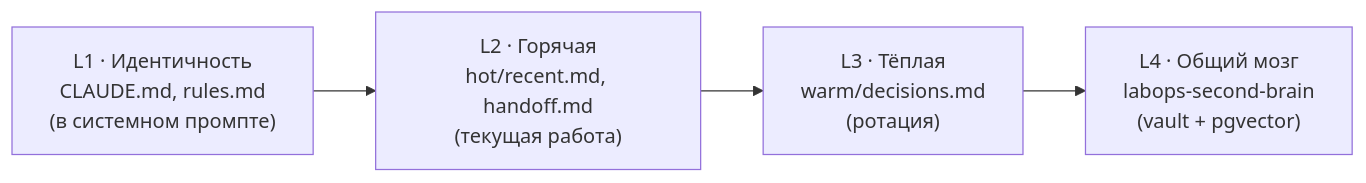
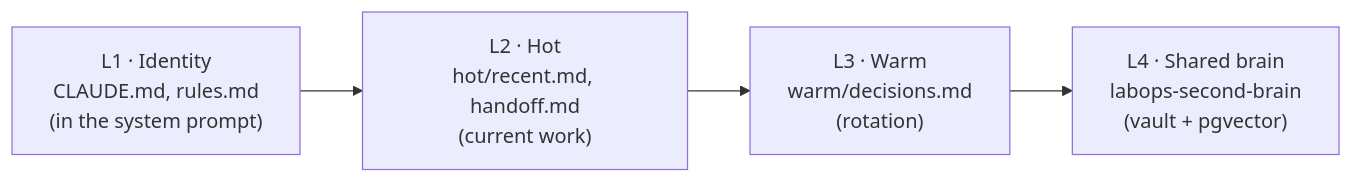
The first of 2 diagrams in README.md (dediukhinpa/labops-second-brain), drawn with Mermaid before and after one commit. The commit also changed other lines of this file and 1 other file, not shown here.

````diff
--- a/README.md
+++ b/README.md
@@ -85,8 +102,8 @@
 ```mermaid
 flowchart LR
-    L1["L1 · Идентичность<br/>CLAUDE.md, rules.md<br/>(в системном промпте)"]
-    L2["L2 · Горячая<br/>hot/recent.md, handoff.md<br/>(текущая работа)"]
-    L3["L3 · Тёплая<br/>warm/decisions.md<br/>(ротация)"]
-    L4["L4 · Общий мозг<br/>labops-second-brain<br/>(vault + pgvector)"]
+    L1["L1 · Identity<br/>CLAUDE.md, rules.md<br/>(in the system prompt)"]
+    L2["L2 · Hot<br/>hot/recent.md, handoff.md<br/>(current work)"]
+    L3["L3 · Warm<br/>warm/decisions.md<br/>(rotation)"]
+    L4["L4 · Shared brain<br/>labops-second-brain<br/>(vault + pgvector)"]
     L1 --> L2 --> L3 --> L4
 ```
````
